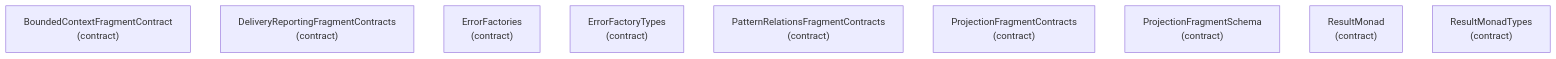
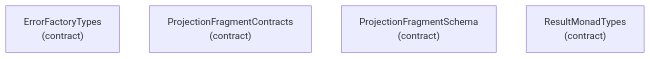
One commit to libar-dev/architect changed diagram 23 of 24 in docs-live/ARCHITECTURE.md. Above: the diagram before and after it, drawn with Mermaid. The commit also changed other lines of this file and 11 other files, not shown here.

````diff
--- a/docs-live/ARCHITECTURE.md
+++ b/docs-live/ARCHITECTURE.md
@@ -655,12 +643,7 @@
 ```mermaid
 graph TD
-  boundedcontextfragmentcontract["BoundedContextFragmentContract<br/>(contract)"]
-  deliveryreportingfragmentcontracts["DeliveryReportingFragmentContracts<br/>(contract)"]
-  errorfactories["ErrorFactories<br/>(contract)"]
   errorfactorytypes["ErrorFactoryTypes<br/>(contract)"]
-  patternrelationsfragmentcontracts["PatternRelationsFragmentContracts<br/>(contract)"]
   projectionfragmentcontracts["ProjectionFragmentContracts<br/>(contract)"]
   projectionfragmentschema["ProjectionFragmentSchema<br/>(contract)"]
-  resultmonad["ResultMonad<br/>(contract)"]
   resultmonadtypes["ResultMonadTypes<br/>(contract)"]
 ```
````
